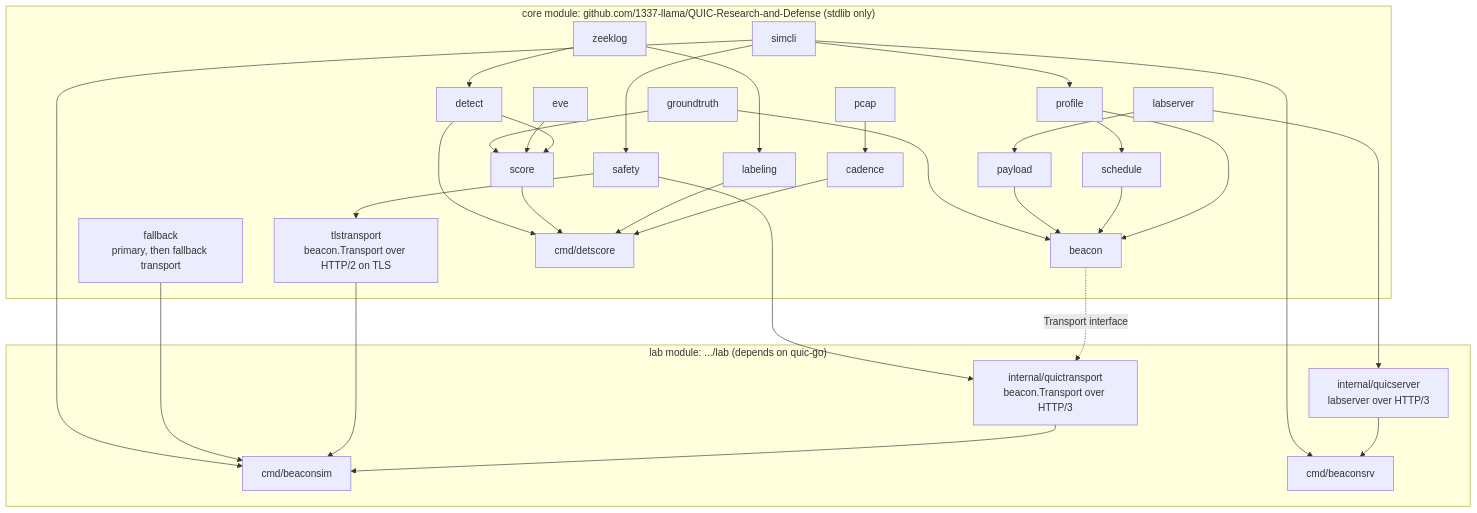
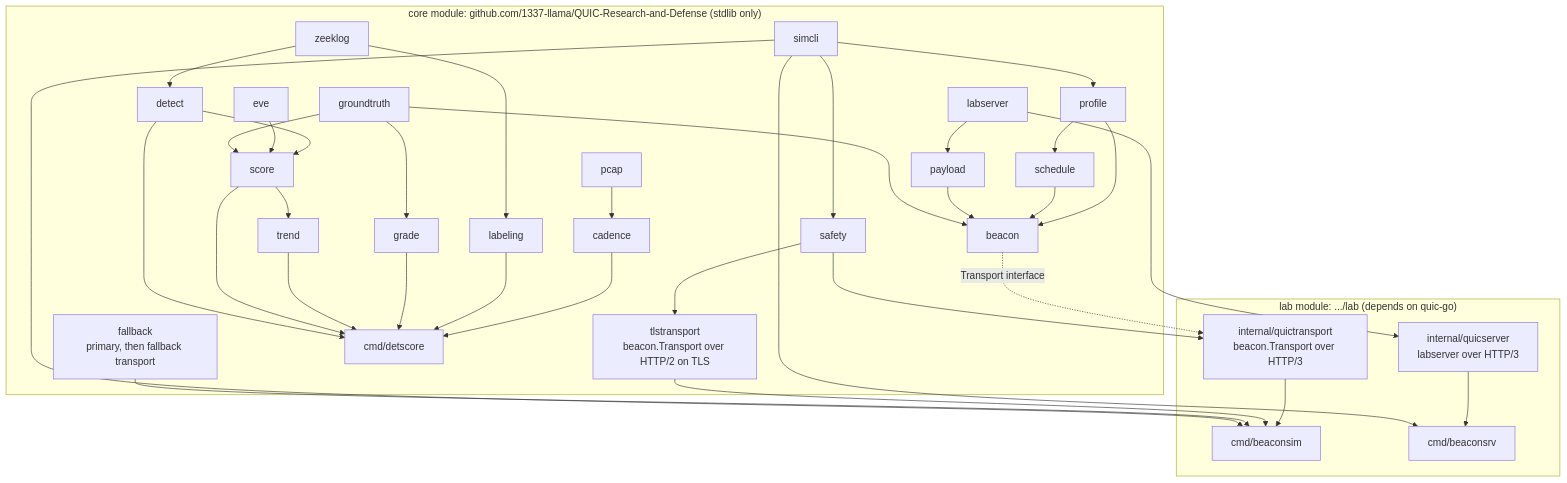
Before and after one commit to 1337-llama/QUIC-Research-and-Defense: the diagram in docs/09-architecture-and-testing.md, drawn with Mermaid. The commit also changed other lines of this file and 22 other files, not shown here.

````diff
--- a/docs/09-architecture-and-testing.md
+++ b/docs/09-architecture-and-testing.md
@@ -7,41 +7,45 @@
 ```mermaid
 flowchart TB
   subgraph core["core module: github.com/1337-llama/QUIC-Research-and-Defense (stdlib only)"]
     profile --> schedule
     profile --> beacon
     schedule --> beacon
     payload --> beacon
     groundtruth --> beacon
     safety
     labserver --> payload
     safety --> tlstransport["tlstransport<br/>beacon.Transport over HTTP/2 on TLS"]
     fallback["fallback<br/>primary, then fallback transport"]
     simcli --> profile
     simcli --> safety
     zeeklog --> detect
     pcap --> cadence
     cadence --> detscore
     zeeklog --> labeling
     labeling --> detscore
     detect --> score
     eve --> score
     groundtruth --> score
+    groundtruth --> grade
+    grade --> detscore
+    score --> trend
+    trend --> detscore
     score --> detscore["cmd/detscore"]
     detect --> detscore
   end
   subgraph lab["lab module: .../lab (depends on quic-go)"]
     quictransport["internal/quictransport<br/>beacon.Transport over HTTP/3"]
     quicserver["internal/quicserver<br/>labserver over HTTP/3"]
     beaconsim["cmd/beaconsim"]
     beaconsrv["cmd/beaconsrv"]
   end
   beacon -.Transport interface.-> quictransport
   safety --> quictransport
   labserver --> quicserver
   quictransport --> beaconsim
   tlstransport --> beaconsim
   fallback --> beaconsim
   quicserver --> beaconsrv
   simcli --> beaconsim
   simcli --> beaconsrv
 ```
````
